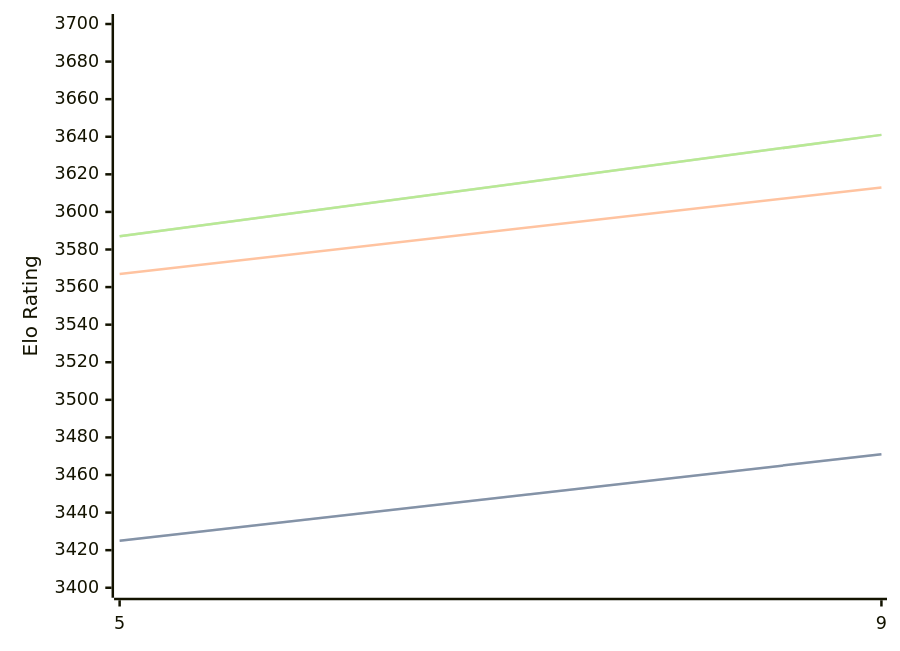
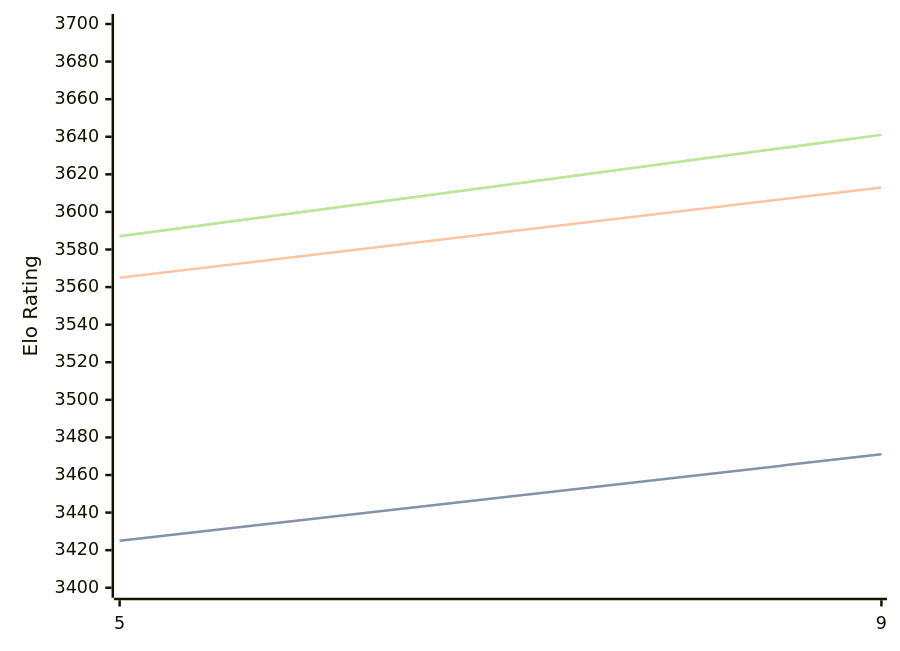
Before and after one commit to computer-chess-index/cci: the diagram in engines/Crystal.md, drawn with Mermaid. The commit also changed other lines of this file, not shown here.

````diff
--- a/engines/Crystal.md
+++ b/engines/Crystal.md
@@ -60,11 +60,11 @@
 ```mermaid
 %%{init: {"theme":"base","themeVariables":{"seriesColors:['#a3a3a3','#222221','#faa371']}}}%%
 xychart-beta
   x-axis ["5", "9"]
   y-axis "Elo Rating" 3400 --> 3700
   line "STC (8.0+0.08s)" [3425, 3471]
   line "STC (8.0+0.08s)" [3425, 3471]
-  line "LTC (60.0+0.60s)" [3567, 3613]
+  line "LTC (60.0+0.60s)" [3565, 3613]
   line "VLTC (2m24s+1.12s)" [3587, 3641]
   line "VLTC (2m24s+1.12s)" [3587, 3641]
 ```
````
